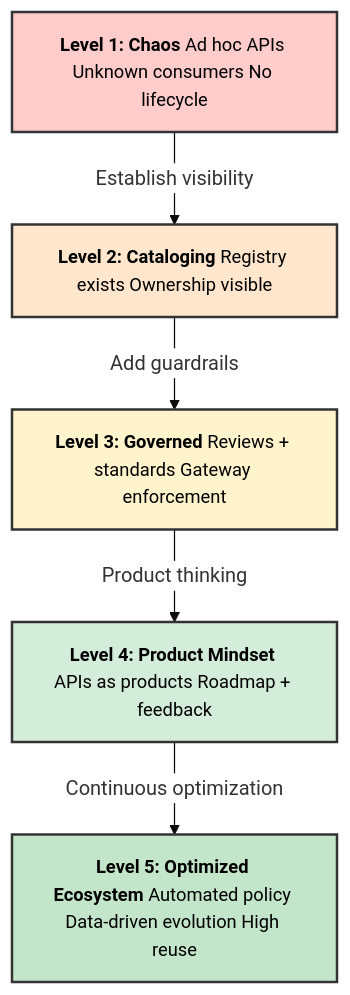
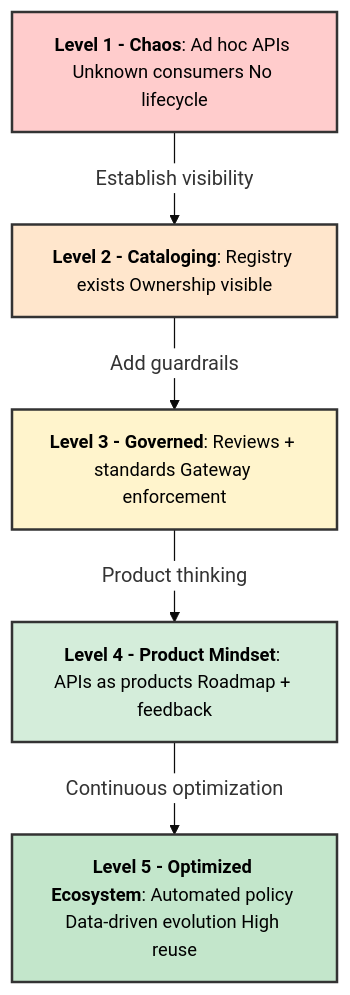
Before and after one commit to barbecuesteve/api-governance: the eighth of 9 diagrams in technical-design.md, drawn with Mermaid. The commit also changed other lines of this file and 1 other file, not shown here.

```diff
--- a/technical-design.md
+++ b/technical-design.md
@@ -589,22 +602,22 @@
 <pre class="mermaid">
 %%{init: {'theme':'base', 'themeVariables': { 'edgeLabelBackground':'#ffffff'}}}%%
 graph TB
-    L1["<b>Level 1: Chaos</b> Ad hoc APIs Unknown consumers No lifecycle"]
-    L2["<b>Level 2: Cataloging</b> Registry exists Ownership visible"]
-    L3["<b>Level 3: Governed</b> Reviews + standards Gateway enforcement"]
-    L4["<b>Level 4: Product Mindset</b> APIs as products Roadmap + feedback"]
-    L5["<b>Level 5: Optimized Ecosystem</b> Automated policy Data-driven evolution High reuse"]
+    L1["<b>Level 1 - Chaos</b>: Ad hoc APIs Unknown consumers No lifecycle"]
+    L2["<b>Level 2 - Cataloging</b>: Registry exists Ownership visible"]
+    L3["<b>Level 3 - Governed</b>: Reviews + standards Gateway enforcement"]
+    L4["<b>Level 4 - Product Mindset</b>: APIs as products Roadmap + feedback"]
+    L5["<b>Level 5 - Optimized Ecosystem</b>: Automated policy Data-driven evolution High reuse"]
     
     L1 -->|Establish visibility| L2
     L2 -->|Add guardrails| L3
     L3 -->|Product thinking| L4
     L4 -->|Continuous optimization| L5
     
     style L1 fill:#ffcccc,stroke:#333,stroke-width:2px,color:#000
     style L2 fill:#ffe6cc,stroke:#333,stroke-width:2px,color:#000
     style L3 fill:#fff4cc,stroke:#333,stroke-width:2px,color:#000
     style L4 fill:#d4edda,stroke:#333,stroke-width:2px,color:#000
     style L5 fill:#c3e6cb,stroke:#333,stroke-width:2px,color:#000
     
     classDef default font-size:11pt
 </pre>
```
